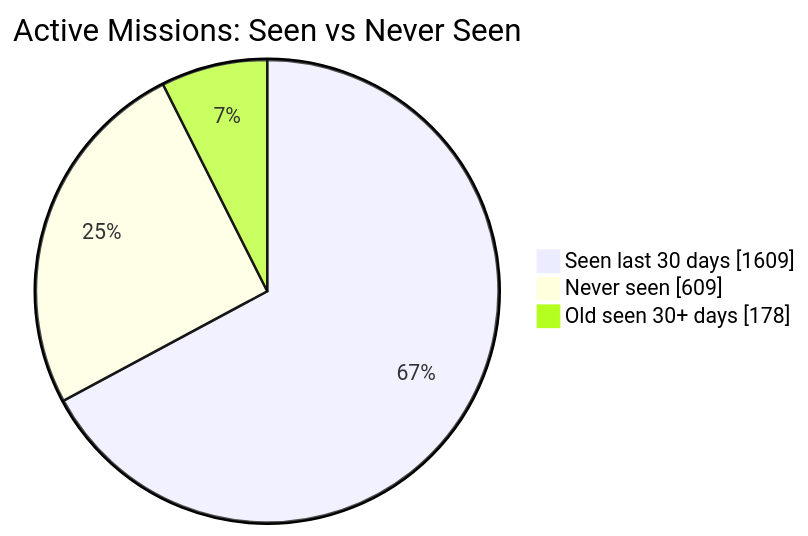
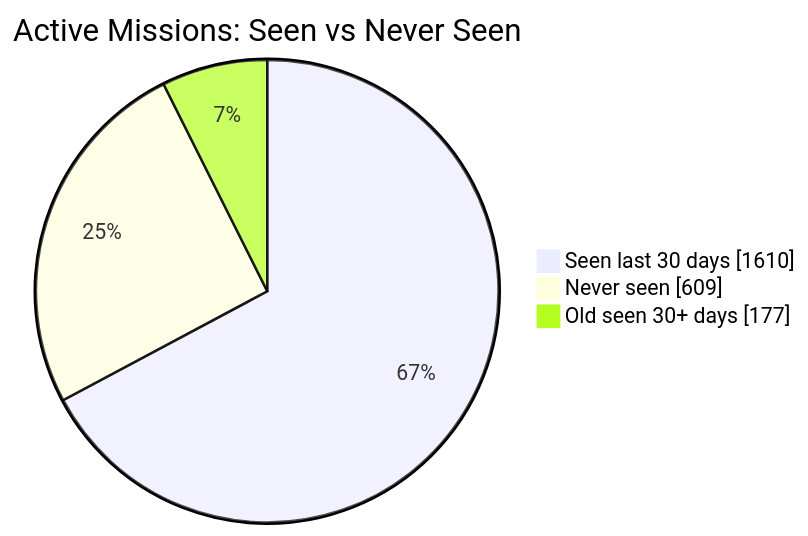
Before and after one commit to MeldkamerspelGameTeam/active-missions: the first of 2 diagrams in README.md, drawn with Mermaid. The commit also changed other lines of this file and 7 other files, not shown here.

````diff
--- a/README.md
+++ b/README.md
@@ -34,7 +34,7 @@
 ```mermaid
 pie showData
     title Active Missions: Seen vs Never Seen
-    "Seen last 30 days" : 1609
+    "Seen last 30 days" : 1610
     "Never seen" : 609
-    "Old seen 30+ days" : 178
+    "Old seen 30+ days" : 177
 ```
````
